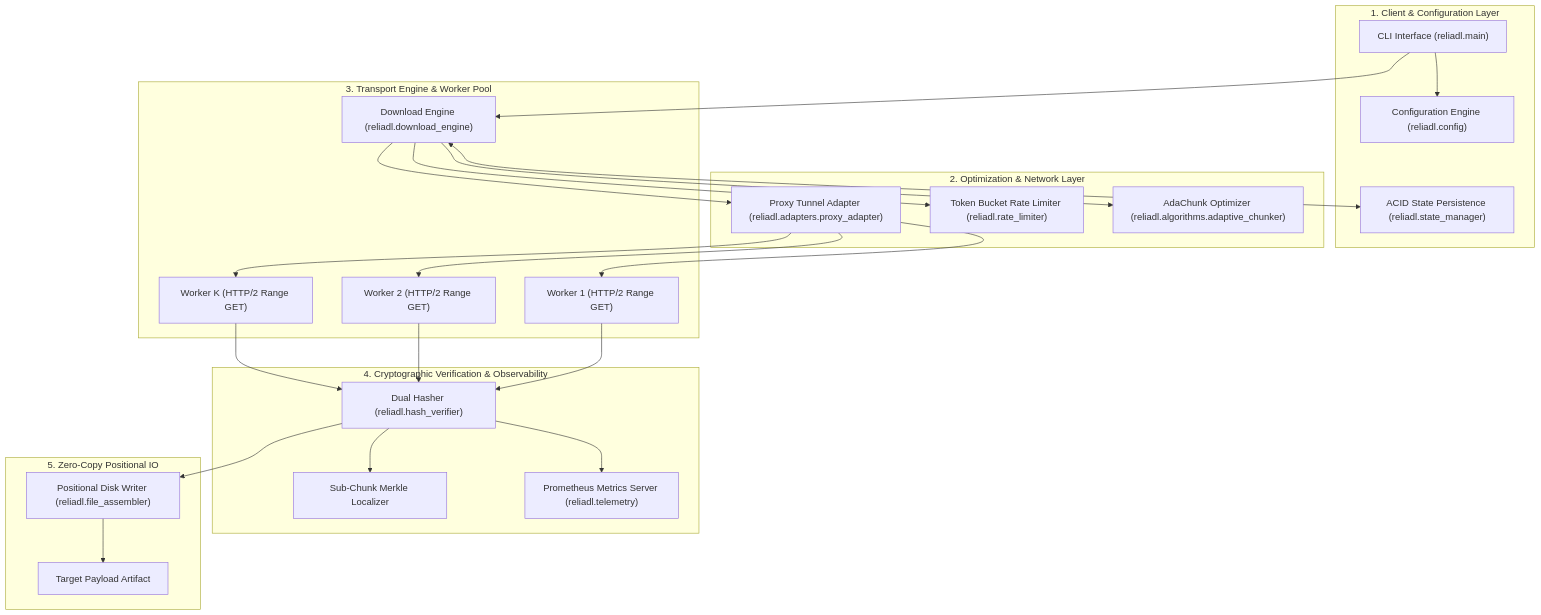
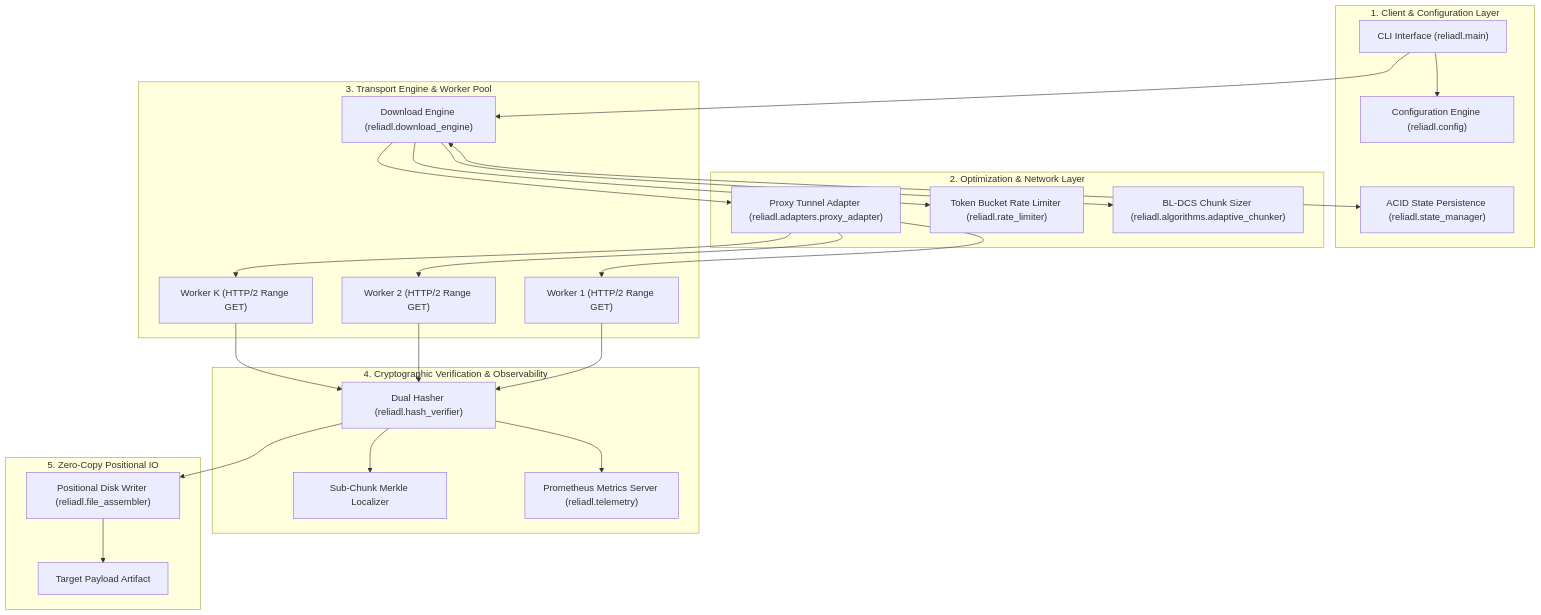
The diagram in README.md (PxA-Labs/ReliaDL), drawn with Mermaid before and after one commit. The commit also changed other lines of this file and 28 other files, not shown here.

````diff
--- a/README.md
+++ b/README.md
@@ -180,45 +182,45 @@
 ```mermaid
 graph TB
     subgraph ClientLayer["1. Client & Configuration Layer"]
         CLI["CLI Interface (reliadl.main)"]
         CONF["Configuration Engine (reliadl.config)"]
         SM["ACID State Persistence (reliadl.state_manager)"]
     end
 
     subgraph ControlLayer["2. Optimization & Network Layer"]
-        AC["AdaChunk Optimizer (reliadl.algorithms.adaptive_chunker)"]
+        AC["BL-DCS Chunk Sizer (reliadl.algorithms.adaptive_chunker)"]
         RL["Token Bucket Rate Limiter (reliadl.rate_limiter)"]
         PA["Proxy Tunnel Adapter (reliadl.adapters.proxy_adapter)"]
     end
 
     subgraph TransportLayer["3. Transport Engine & Worker Pool"]
         DE["Download Engine (reliadl.download_engine)"]
         W1["Worker 1 (HTTP/2 Range GET)"]
         W2["Worker 2 (HTTP/2 Range GET)"]
         WN["Worker K (HTTP/2 Range GET)"]
     end
 
     subgraph SecurityLayer["4. Cryptographic Verification & Observability"]
         DH["Dual Hasher (reliadl.hash_verifier)"]
         ML["Sub-Chunk Merkle Localizer"]
         TEL["Prometheus Metrics Server (reliadl.telemetry)"]
     end
 
     subgraph StorageLayer["5. Zero-Copy Positional IO"]
         FA["Positional Disk Writer (reliadl.file_assembler)"]
         OUT["Target Payload Artifact"]
     end
 
     CLI --> CONF
     CLI --> DE
     DE <--> SM
     DE --> AC
     DE --> RL
     DE --> PA
     PA --> W1 & W2 & WN
     W1 & W2 & WN --> DH
     DH --> TEL
     DH --> ML
     DH --> FA
     FA --> OUT
 ```
````
